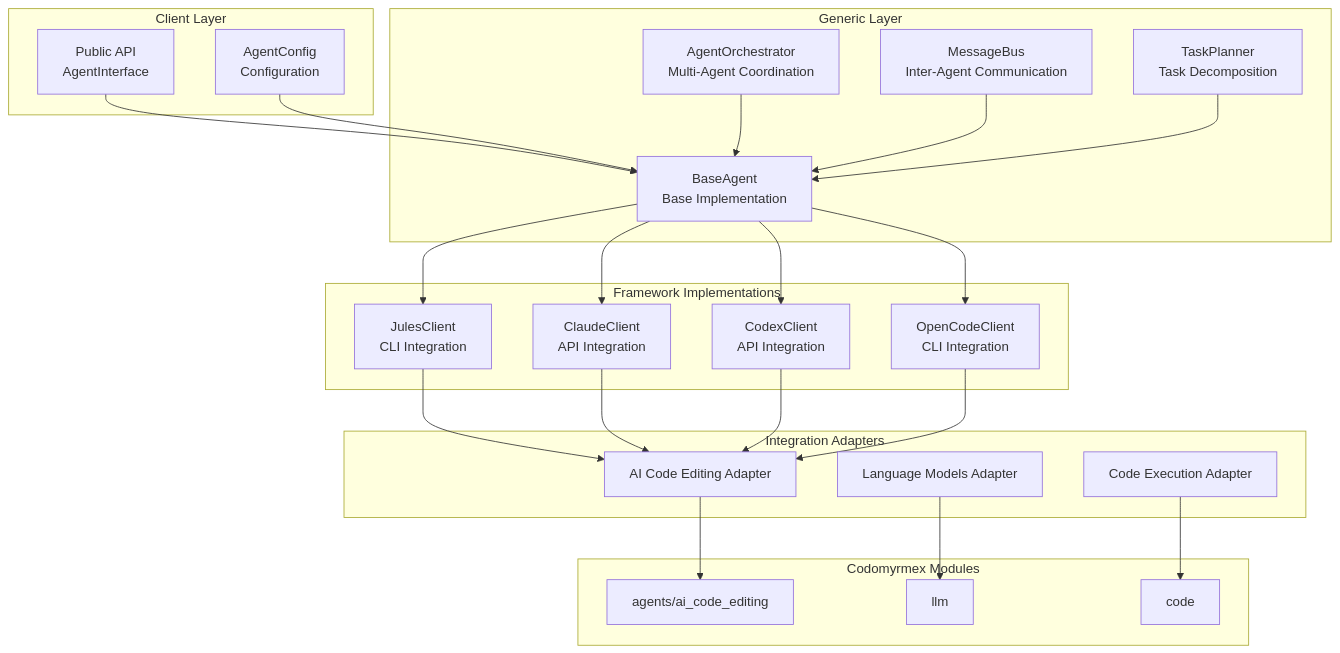
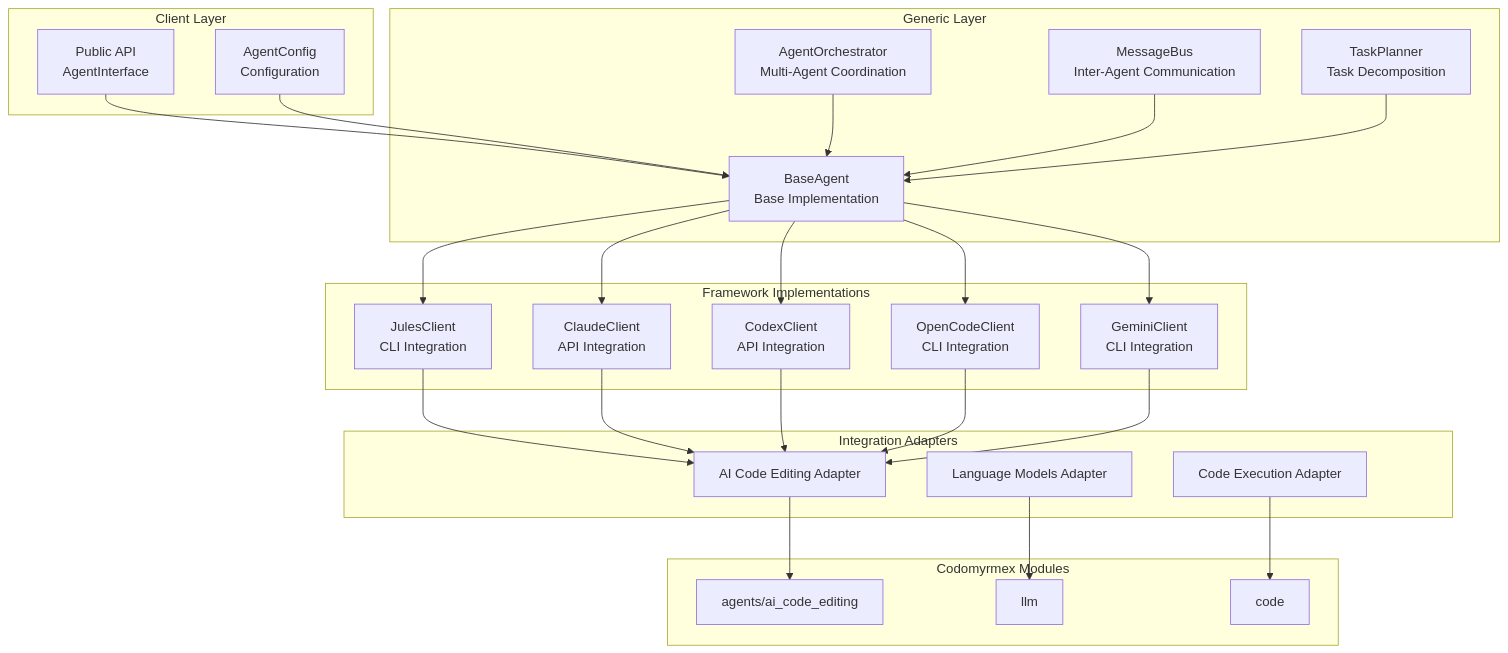
One commit to docxology/codomyrmex changed the diagram in src/codomyrmex/agents/README.md. Above: the diagram before and after it, drawn with Mermaid. The commit also changed other lines of this file and 99 other files, not shown here.

````diff
--- a/src/codomyrmex/agents/README.md
+++ b/src/codomyrmex/agents/README.md
@@ -28,53 +29,56 @@
 ```mermaid
 graph TB
     subgraph "Client Layer"
         PublicAPI[Public API<br/>AgentInterface]
         Config[AgentConfig<br/>Configuration]
     end
 
     subgraph "Generic Layer"
         BaseAgent[BaseAgent<br/>Base Implementation]
         Orchestrator[AgentOrchestrator<br/>Multi-Agent Coordination]
         MessageBus[MessageBus<br/>Inter-Agent Communication]
         TaskPlanner[TaskPlanner<br/>Task Decomposition]
     end
 
     subgraph "Framework Implementations"
         Jules[JulesClient<br/>CLI Integration]
         Claude[ClaudeClient<br/>API Integration]
         Codex[CodexClient<br/>API Integration]
         OpenCode[OpenCodeClient<br/>CLI Integration]
+        Gemini[GeminiClient<br/>CLI Integration]
     end
 
     subgraph "Integration Adapters"
         AICodeAdapter[AI Code Editing Adapter]
         LLMAdapter[Language Models Adapter]
         ExecAdapter[Code Execution Adapter]
     end
 
     subgraph "Codomyrmex Modules"
         AICodeEditing[agents/ai_code_editing]
         LanguageModels[llm]
         CodeExecution[code]
     end
 
     PublicAPI --> BaseAgent
     Config --> BaseAgent
     BaseAgent --> Jules
     BaseAgent --> Claude
     BaseAgent --> Codex
     BaseAgent --> OpenCode
+    BaseAgent --> Gemini
 
     Orchestrator --> BaseAgent
     MessageBus --> BaseAgent
     TaskPlanner --> BaseAgent
 
     Jules --> AICodeAdapter
     Claude --> AICodeAdapter
     Codex --> AICodeAdapter
     OpenCode --> AICodeAdapter
+    Gemini --> AICodeAdapter
 
     AICodeAdapter --> AICodeEditing
     LLMAdapter --> LanguageModels
     ExecAdapter --> CodeExecution
 ```
````
